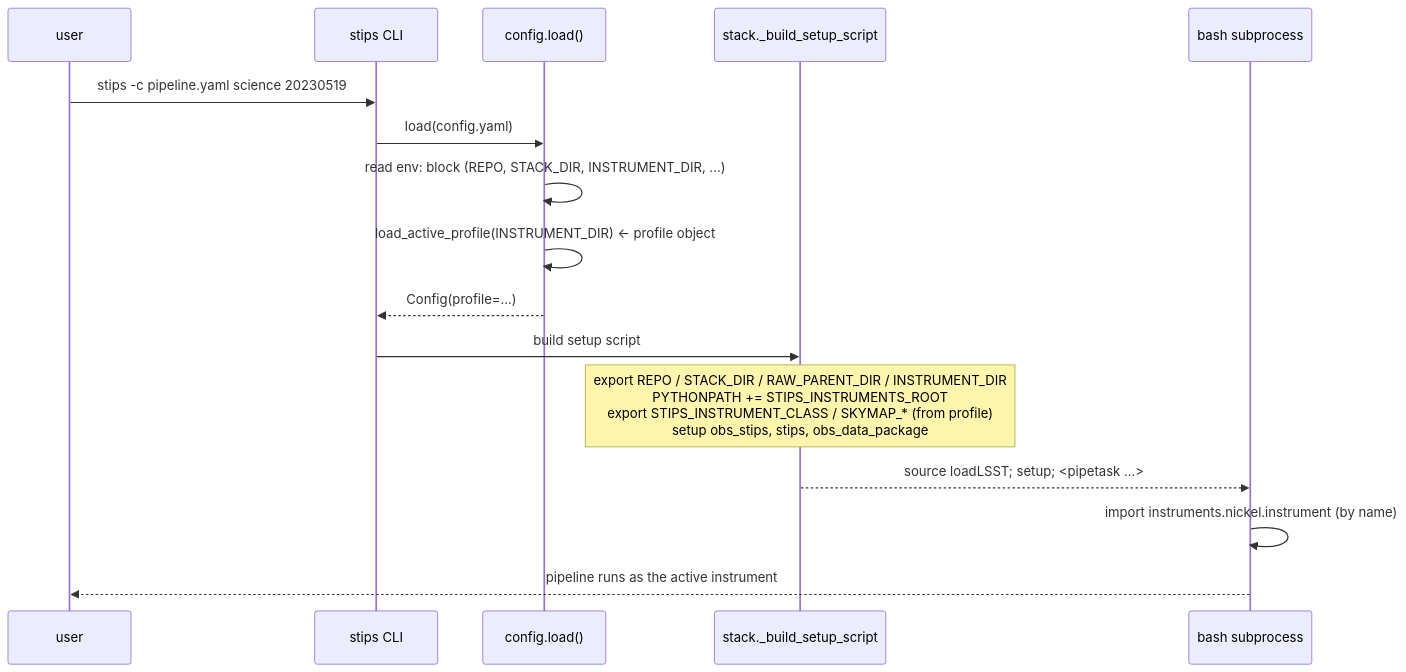
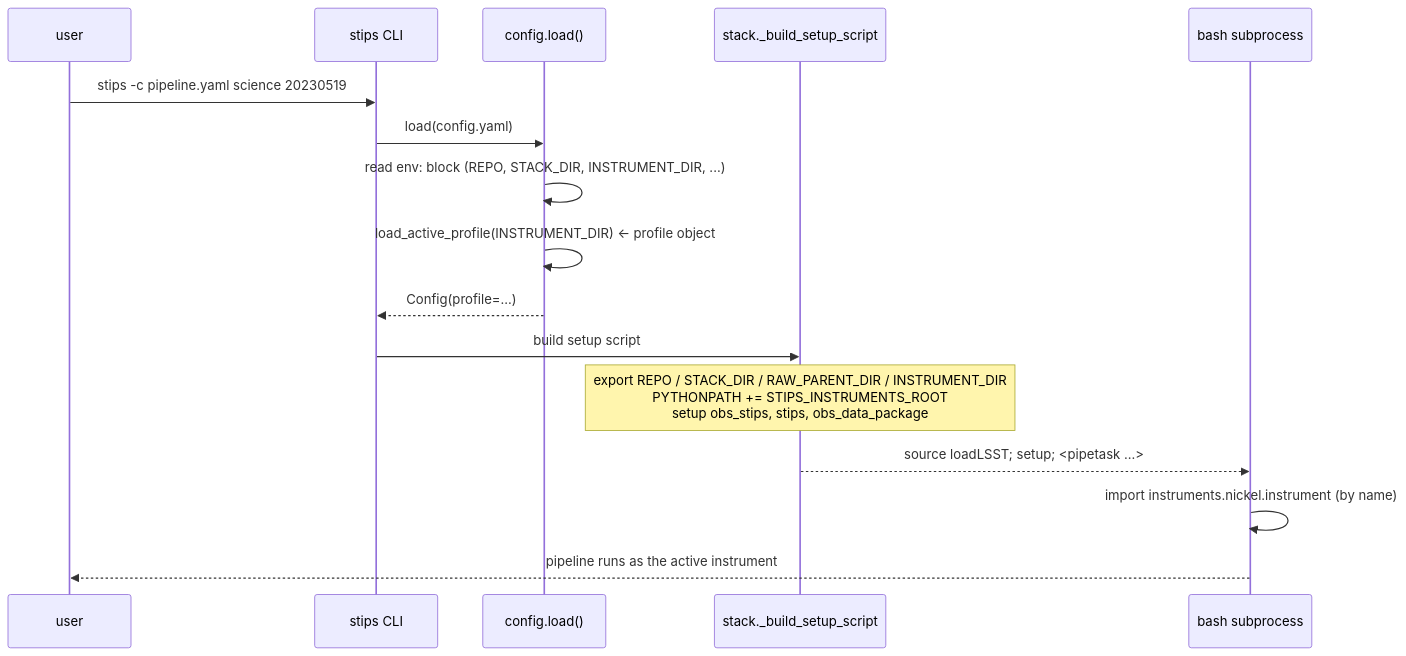
One commit to dangause/stips changed the eighth of 9 diagrams in docs/obs-abstraction.md. Above: the diagram before and after it, drawn with Mermaid. The commit also changed other lines of this file and 8 other files, not shown here.

````diff
--- a/docs/obs-abstraction.md
+++ b/docs/obs-abstraction.md
@@ -356,19 +356,19 @@
 ```mermaid
 sequenceDiagram
     participant U as user
     participant CLI as stips CLI
     participant Cfg as config.load()
     participant Stack as stack._build_setup_script
     participant Sh as bash subprocess
 
     U->>CLI: stips -c pipeline.yaml science 20230519
     CLI->>Cfg: load(config.yaml)
     Cfg->>Cfg: read env: block (REPO, STACK_DIR, INSTRUMENT_DIR, ...)
     Cfg->>Cfg: load_active_profile(INSTRUMENT_DIR)  ← profile object
     Cfg-->>CLI: Config(profile=...)
     CLI->>Stack: build setup script
-    Note over Stack: export REPO / STACK_DIR / RAW_PARENT_DIR / INSTRUMENT_DIR<br/>PYTHONPATH += STIPS_INSTRUMENTS_ROOT<br/>export STIPS_INSTRUMENT_CLASS / SKYMAP_* (from profile)<br/>setup obs_stips, stips, obs_data_package
+    Note over Stack: export REPO / STACK_DIR / RAW_PARENT_DIR / INSTRUMENT_DIR<br/>PYTHONPATH += STIPS_INSTRUMENTS_ROOT<br/>setup obs_stips, stips, obs_data_package
     Stack-->>Sh: source loadLSST#59; setup#59; #lt;pipetask ...#gt;
     Sh->>Sh: import instruments.nickel.instrument (by name)
     Sh-->>U: pipeline runs as the active instrument
 ```
````
